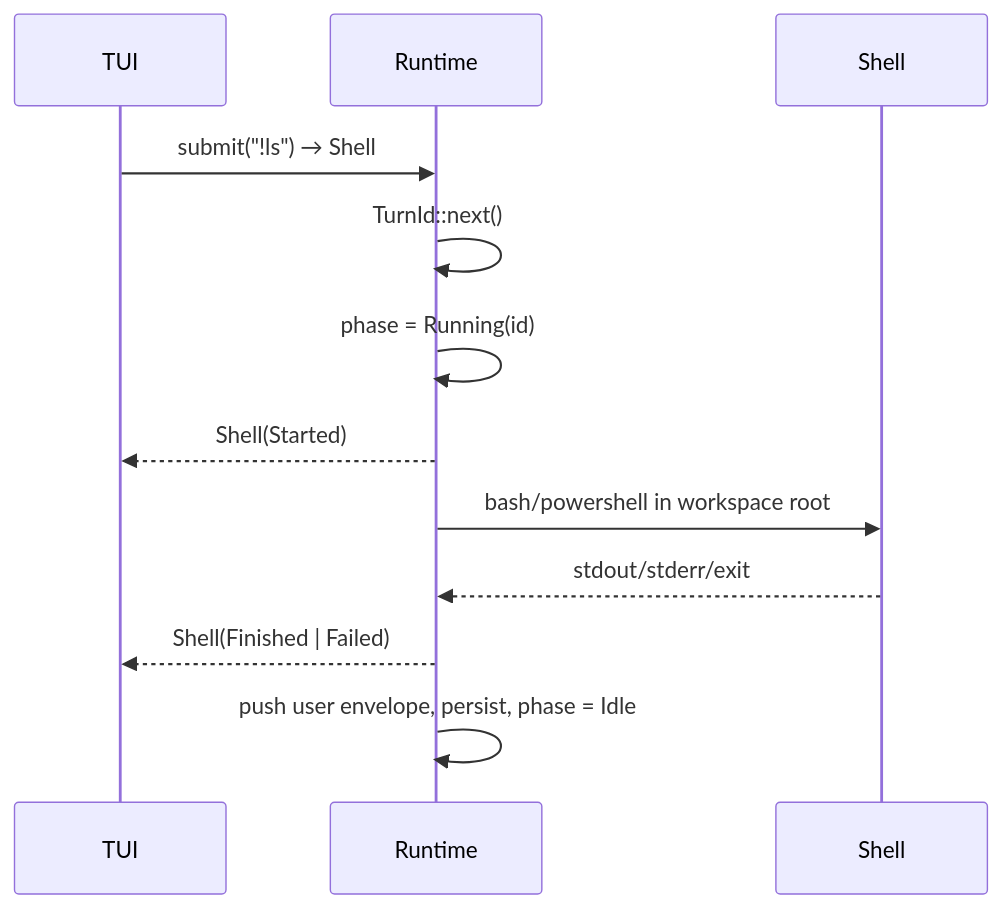
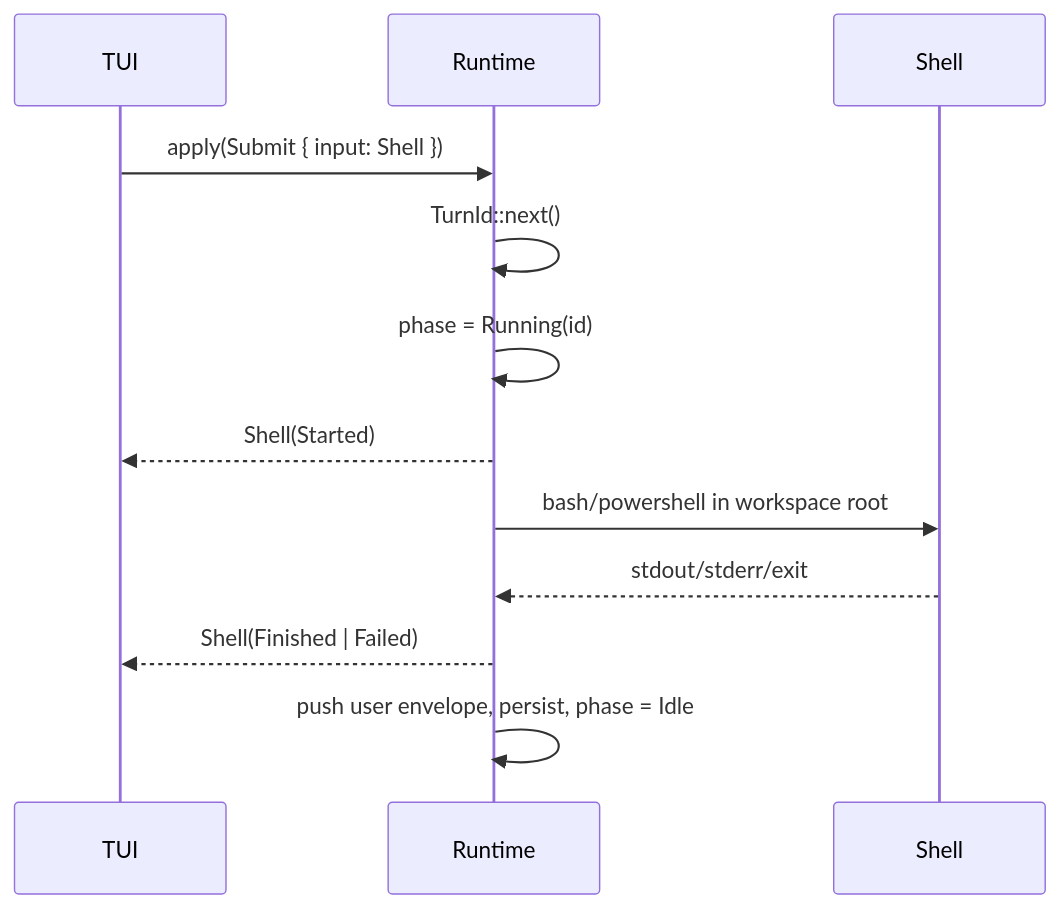
One commit to guuzaa/oven changed the fifth of 5 diagrams in docs/architectures.md. Above: the diagram before and after it, drawn with Mermaid. The commit also changed other lines of this file and 17 other files, not shown here.

````diff
--- a/docs/architectures.md
+++ b/docs/architectures.md
@@ -699,15 +732,15 @@
 ```mermaid
 sequenceDiagram
     participant TUI
     participant Runtime
     participant Shell
 
-    TUI->>Runtime: submit("!ls") → Shell
+    TUI->>Runtime: apply(Submit { input: Shell })
     Runtime->>Runtime: TurnId::next()
     Runtime->>Runtime: phase = Running(id)
     Runtime-->>TUI: Shell(Started)
     Runtime->>Shell: bash/powershell in workspace root
     Shell-->>Runtime: stdout/stderr/exit
     Runtime-->>TUI: Shell(Finished | Failed)
     Runtime->>Runtime: push user envelope, persist, phase = Idle
 ```
````
